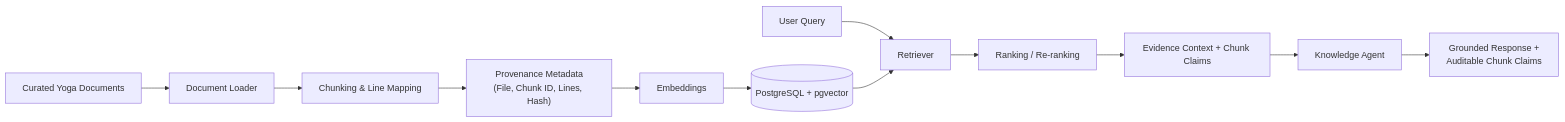
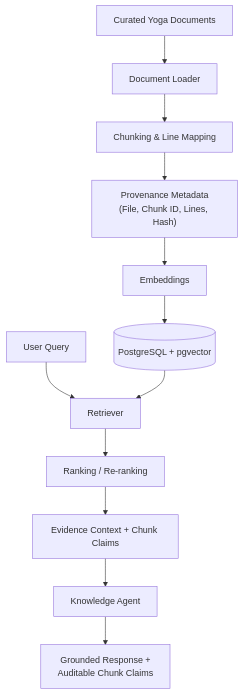
One commit to ojhaprathmesh/YogaSutra_Repo changed the tenth of 31 diagrams in PLAN.md. Above: the diagram before and after it, drawn with Mermaid. The commit also changed other lines of this file, not shown here.

Commit message:
docs: unify master architecture in Section 6, add subsystem integration matrix in Section 35, and fix diagram formatting

````diff
--- a/PLAN.md
+++ b/PLAN.md
@@ -797,15 +855,19 @@
 ``` mermaid
-flowchart LR
+---
+config:
+  layout: dagre
+---
+flowchart TB
     D["Curated Yoga Documents"] --> L["Document Loader"]
     L --> C["Chunking & Line Mapping"]
     C --> M["Provenance Metadata\n(File, Chunk ID, Lines, Hash)"]
     M --> E["Embeddings"]
     E --> V[("PostgreSQL + pgvector")]
 
     Q["User Query"] --> R["Retriever"]
     V --> R
     R --> RR["Ranking / Re-ranking"]
     RR --> X["Evidence Context + Chunk Claims"]
     X --> KA["Knowledge Agent"]
     KA --> ANS["Grounded Response +\nAuditable Chunk Claims"]
 ```
````
